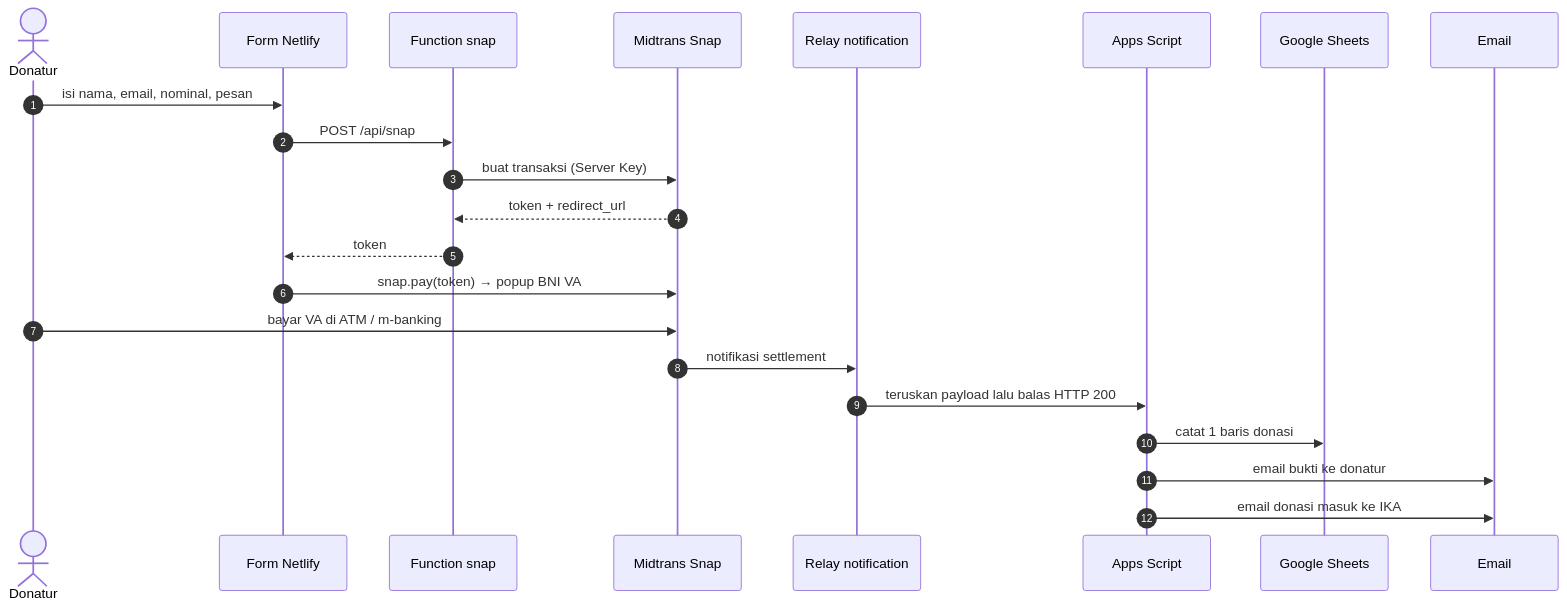
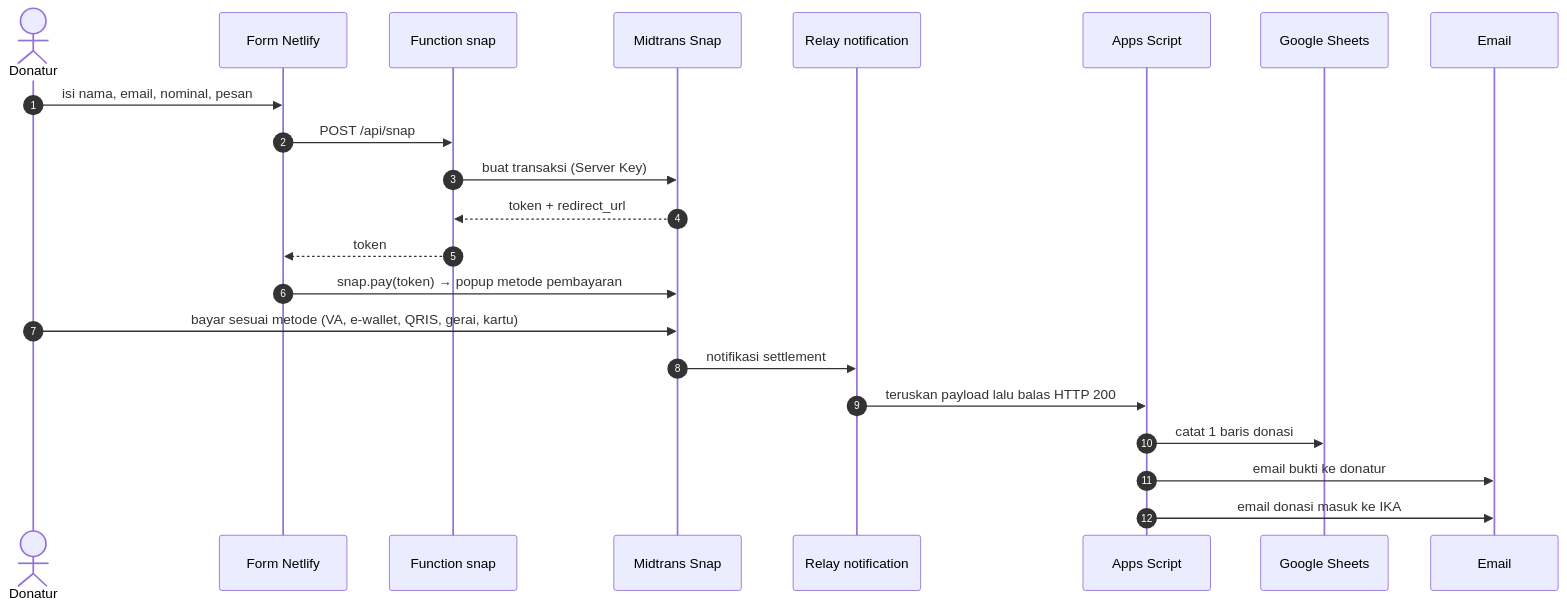
One commit to madgeer/portal-beasiswa-ika changed the second of 6 diagrams in README.md. Above: the diagram before and after it, drawn with Mermaid. The commit also changed other lines of this file and 10 other files, not shown here.

````diff
--- a/README.md
+++ b/README.md
@@ -49,25 +49,25 @@
 ```mermaid
 sequenceDiagram
     autonumber
     actor D as Donatur
     participant F as Form Netlify
     participant S as Function snap
     participant M as Midtrans Snap
     participant R as Relay notification
     participant A as Apps Script
     participant SH as Google Sheets
     participant EM as Email
 
     D->>F: isi nama, email, nominal, pesan
     F->>S: POST /api/snap
     S->>M: buat transaksi (Server Key)
     M-->>S: token + redirect_url
     S-->>F: token
-    F->>M: snap.pay(token) → popup BNI VA
-    D->>M: bayar VA di ATM / m-banking
+    F->>M: snap.pay(token) → popup metode pembayaran
+    D->>M: bayar sesuai metode (VA, e-wallet, QRIS, gerai, kartu)
     M->>R: notifikasi settlement
     R->>A: teruskan payload lalu balas HTTP 200
     A->>SH: catat 1 baris donasi
     A->>EM: email bukti ke donatur
     A->>EM: email donasi masuk ke IKA
 ```
````
